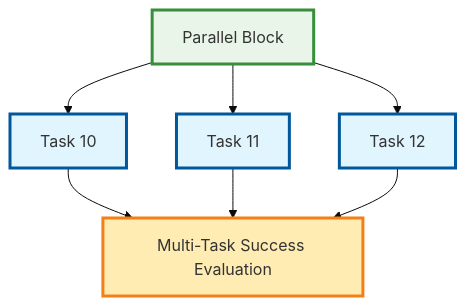
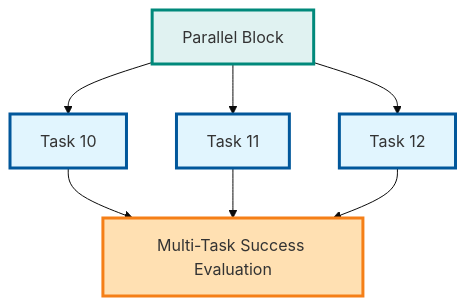
The second of 4 diagrams in README.md (bastelbude1/Tasker), drawn with Mermaid before and after one commit. The commit also changed other lines of this file, not shown here.

First paragraph of the commit message:
docs: Update README.md diagrams with new color scheme
Applied optimized color scheme to mermaid diagrams in README.md to match
TaskER_FlowChart.md visual design system.

````diff
--- a/README.md
+++ b/README.md
@@ -2935,16 +2935,16 @@
 ```mermaid
 %%{init: {'theme':'base', 'themeVariables': {'primaryColor':'#ffffff'}}}%%
 flowchart TD
     A[Parallel Block] --> B[Task 10]
     A --> C[Task 11]
     A --> D[Task 12]
     B --> E[Multi-Task Success Evaluation]
     C --> E
     D --> E
 
-    style A fill:#e8f5e8,stroke:#388e3c,stroke-width:3px
+    style A fill:#e0f2f1,stroke:#00897b,stroke-width:3px
     style B fill:#e1f5fe,stroke:#01579b,stroke-width:3px
     style C fill:#e1f5fe,stroke:#01579b,stroke-width:3px
     style D fill:#e1f5fe,stroke:#01579b,stroke-width:3px
-    style E fill:#ffecb3,stroke:#f57f17,stroke-width:3px
+    style E fill:#ffe0b2,stroke:#f57f17,stroke-width:3px
 ```
````
